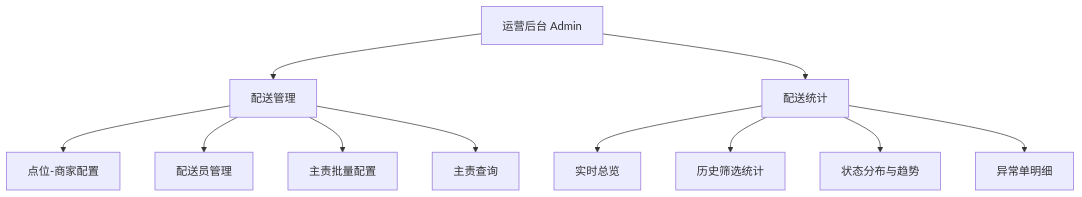
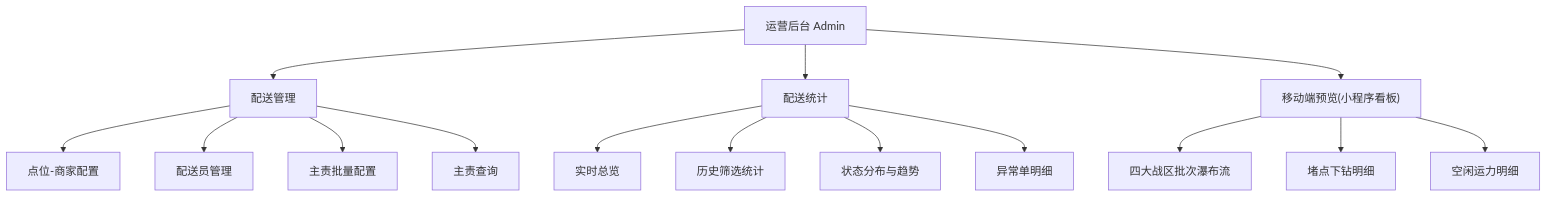
The diagram in docs/运营后台_IA.md (sdvegeta/gjhadmin), drawn with Mermaid before and after one commit. The commit also changed other lines of this file and 15 other files, not shown here.

````diff
--- a/docs/运营后台_IA.md
+++ b/docs/运营后台_IA.md
@@ -8,13 +8,17 @@
 ```mermaid
 flowchart TD
     A["运营后台 Admin"] --> B["配送管理"]
     A --> C["配送统计"]
+    A --> D["移动端预览(小程序看板)"]
     B --> B1["点位-商家配置"]
     B --> B2["配送员管理"]
     B --> B3["主责批量配置"]
     B --> B4["主责查询"]
     C --> C1["实时总览"]
     C --> C2["历史筛选统计"]
     C --> C3["状态分布与趋势"]
     C --> C4["异常单明细"]
+    D --> D1["四大战区批次瀑布流"]
+    D --> D2["堵点下钻明细"]
+    D --> D3["空闲运力明细"]
 ```
````
